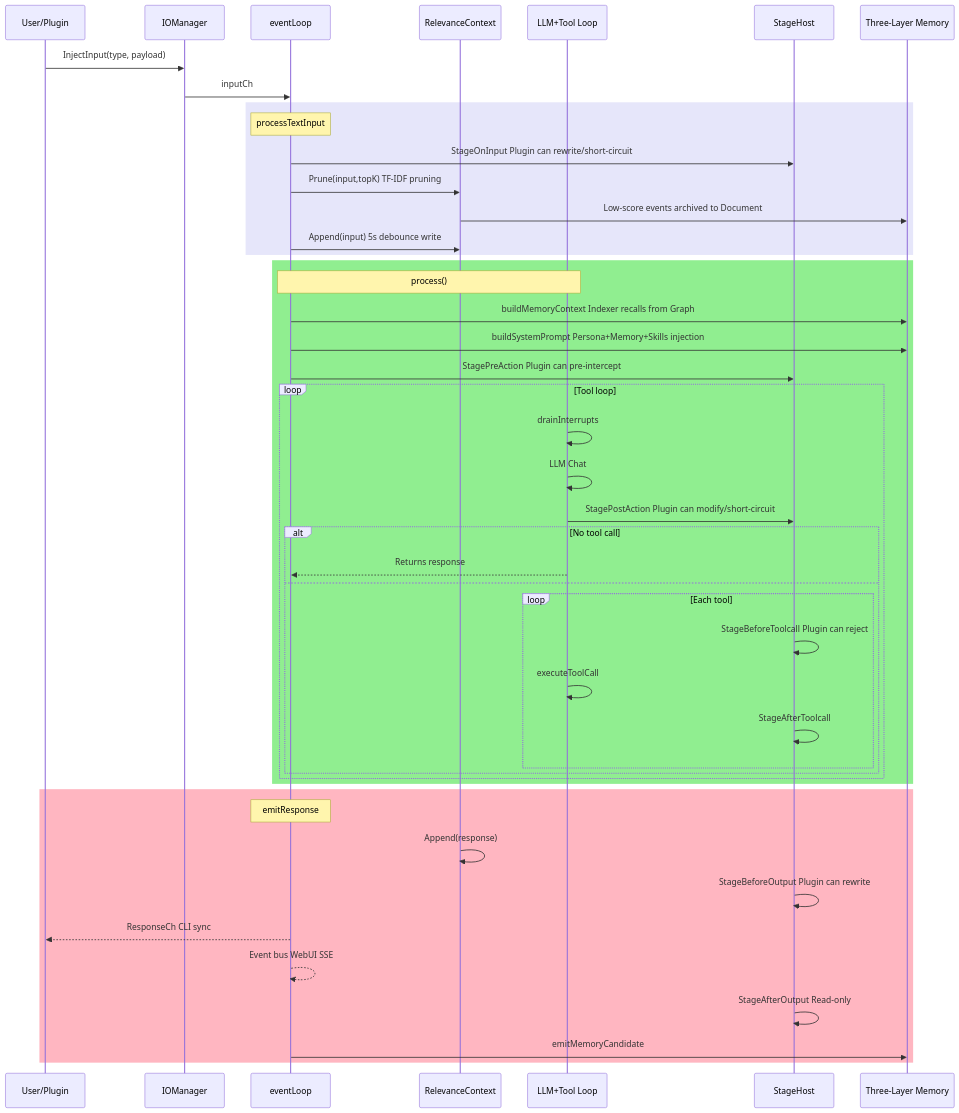
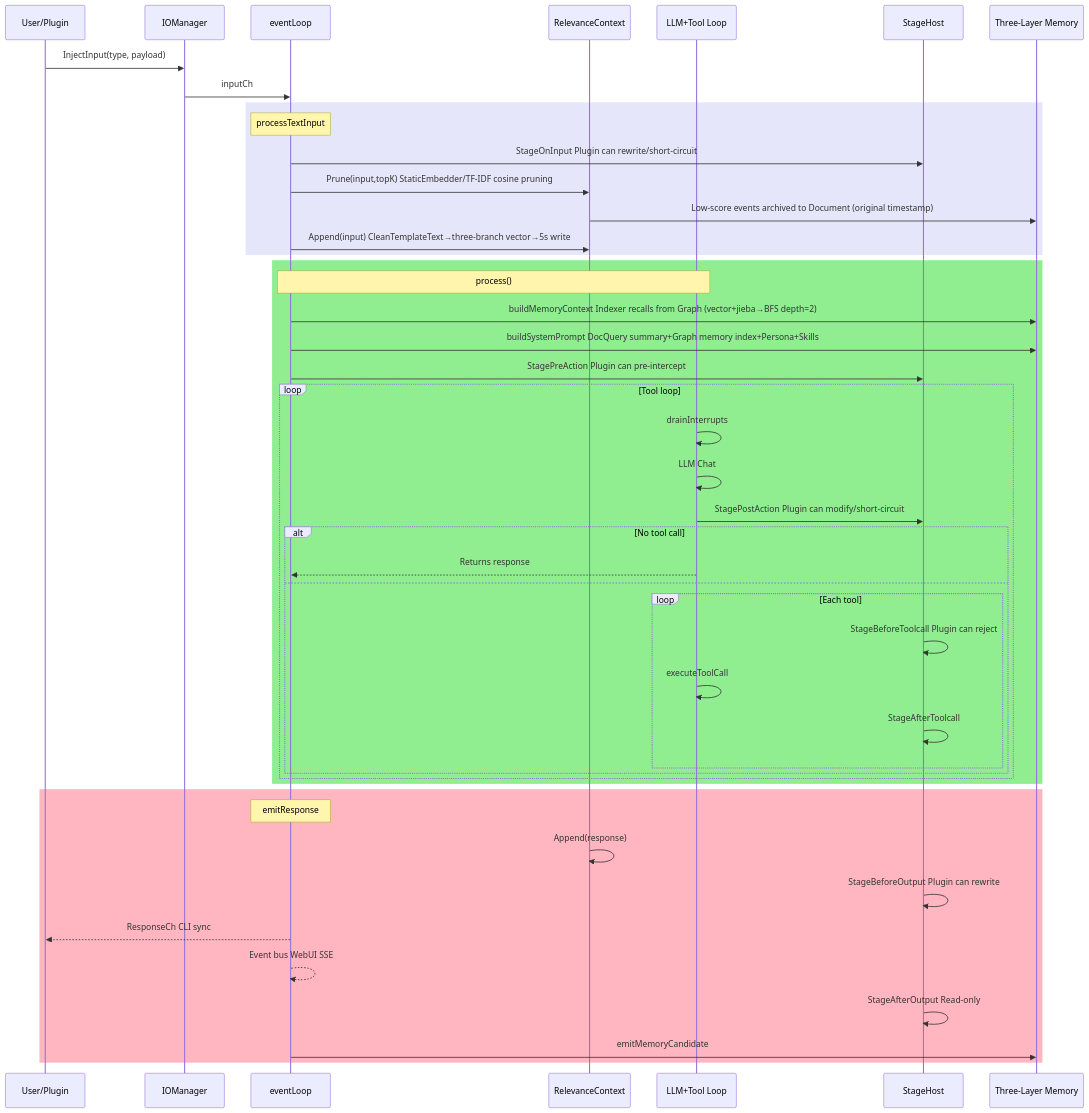
Before and after one commit to JianFeeeee/HomeAgent: the first of 3 diagrams in README_EN.md, drawn with Mermaid. The commit also changed other lines of this file and 5 other files, not shown here.

Commit message:
docs: update sequence diagram, memory flow, vectorization strategy for StaticEmbedder + CleanTemplateText + three-branch vector

````diff
--- a/README_EN.md
+++ b/README_EN.md
@@ -28,49 +28,49 @@
 ```mermaid
 sequenceDiagram
     participant U as User/Plugin
     participant IO as IOManager
     participant EV as eventLoop
     participant CTX as RelevanceContext
     participant LLM as LLM+Tool Loop
     participant ST as StageHost
     participant MEM as Three-Layer Memory
 
     U->>IO: InjectInput(type, payload)
     IO->>EV: inputCh
     rect lavender
         Note over EV: processTextInput
         EV->>ST: StageOnInput  Plugin can rewrite/short-circuit
-        EV->>CTX: Prune(input,topK)  TF-IDF pruning
-        CTX->>MEM: Low-score events archived to Document
-        EV->>CTX: Append(input)  5s debounce write
+        EV->>CTX: Prune(input,topK)  StaticEmbedder/TF-IDF cosine pruning
+        CTX->>MEM: Low-score events archived to Document (original timestamp)
+        EV->>CTX: Append(input)  CleanTemplateText→three-branch vector→5s write
     end
     rect lightgreen
         Note over EV,LLM: process()
-        EV->>MEM: buildMemoryContext  Indexer recalls from Graph
-        EV->>MEM: buildSystemPrompt  Persona+Memory+Skills injection
+        EV->>MEM: buildMemoryContext  Indexer recalls from Graph (vector+jieba→BFS depth=2)
+        EV->>MEM: buildSystemPrompt  DocQuery summary+Graph memory index+Persona+Skills
         EV->>ST: StagePreAction  Plugin can pre-intercept
         loop Tool loop
             LLM->>LLM: drainInterrupts
             LLM->>LLM: LLM Chat
             LLM->>ST: StagePostAction  Plugin can modify/short-circuit
             alt No tool call
                 LLM-->>EV: Returns response
             else
                 loop Each tool
                     ST->>ST: StageBeforeToolcall  Plugin can reject
                     LLM->>LLM: executeToolCall
                     ST->>ST: StageAfterToolcall
                 end
             end
         end
     end
     rect lightpink
         Note over EV: emitResponse
         CTX->>CTX: Append(response)
         ST->>ST: StageBeforeOutput  Plugin can rewrite
         EV-->>U: ResponseCh CLI sync
         EV-->>EV: Event bus WebUI SSE
         ST->>ST: StageAfterOutput  Read-only
         EV->>MEM: emitMemoryCandidate
     end
 ```
````
